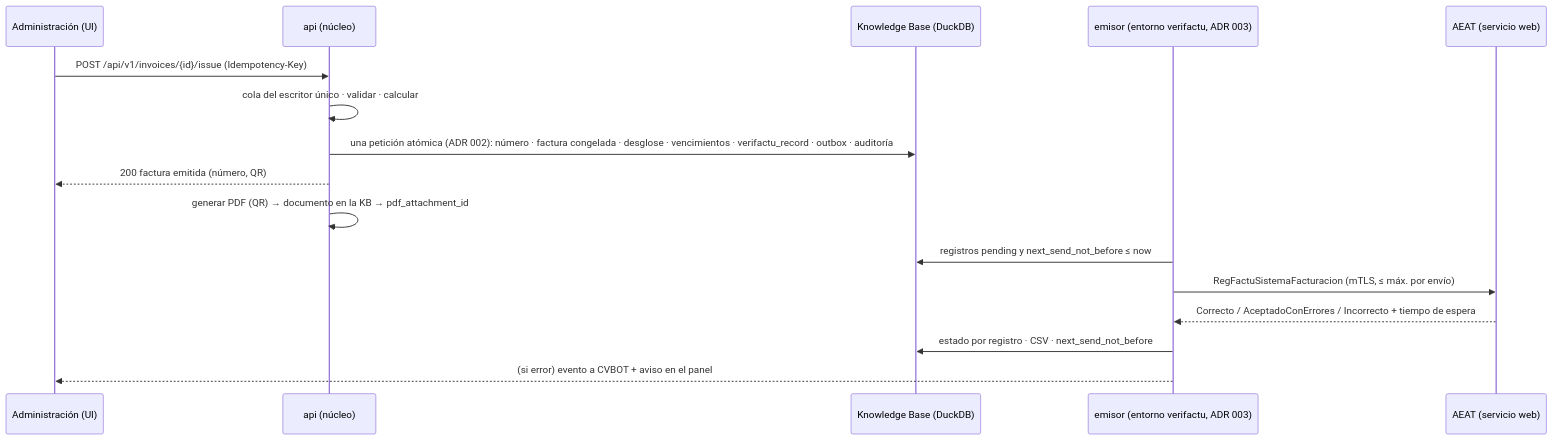
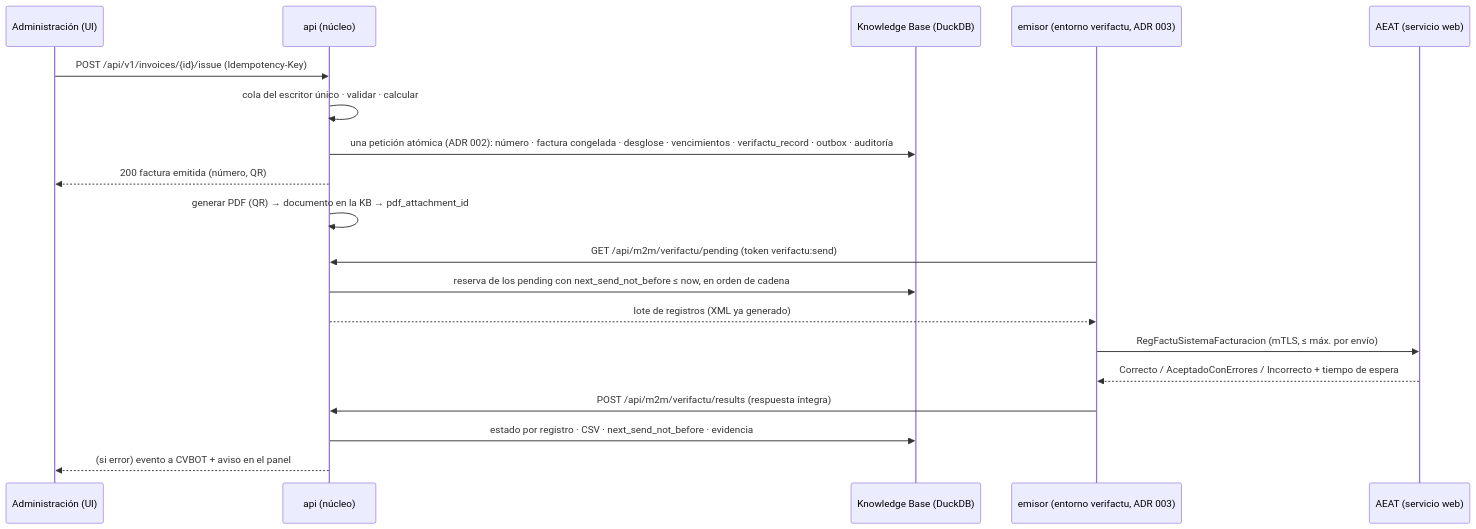
The second of 2 diagrams in docs/07-arquitectura.md (pedrolivaresanchez/winecore), drawn with Mermaid before and after one commit. The commit also changed other lines of this file and 26 other files, not shown here.

````diff
--- a/docs/07-arquitectura.md
+++ b/docs/07-arquitectura.md
@@ -140,18 +141,21 @@
 ```mermaid
 sequenceDiagram
   participant U as Administración (UI)
   participant A as api (núcleo)
   participant D as Knowledge Base (DuckDB)
   participant J as emisor (entorno verifactu, ADR 003)
   participant T as AEAT (servicio web)
   U->>A: POST /api/v1/invoices/{id}/issue (Idempotency-Key)
   A->>A: cola del escritor único · validar · calcular
   A->>D: una petición atómica (ADR 002): número · factura congelada · desglose · vencimientos · verifactu_record · outbox · auditoría
   A-->>U: 200 factura emitida (número, QR)
   A->>A: generar PDF (QR) → documento en la KB → pdf_attachment_id
-  J->>D: registros pending y next_send_not_before ≤ now
+  J->>A: GET /api/m2m/verifactu/pending (token verifactu:send)
+  A->>D: reserva de los pending con next_send_not_before ≤ now, en orden de cadena
+  A-->>J: lote de registros (XML ya generado)
   J->>T: RegFactuSistemaFacturacion (mTLS, ≤ máx. por envío)
   T-->>J: Correcto / AceptadoConErrores / Incorrecto + tiempo de espera
-  J->>D: estado por registro · CSV · next_send_not_before
-  J-->>U: (si error) evento a CVBOT + aviso en el panel
+  J->>A: POST /api/m2m/verifactu/results (respuesta íntegra)
+  A->>D: estado por registro · CSV · next_send_not_before · evidencia
+  A-->>U: (si error) evento a CVBOT + aviso en el panel
 ```
````
